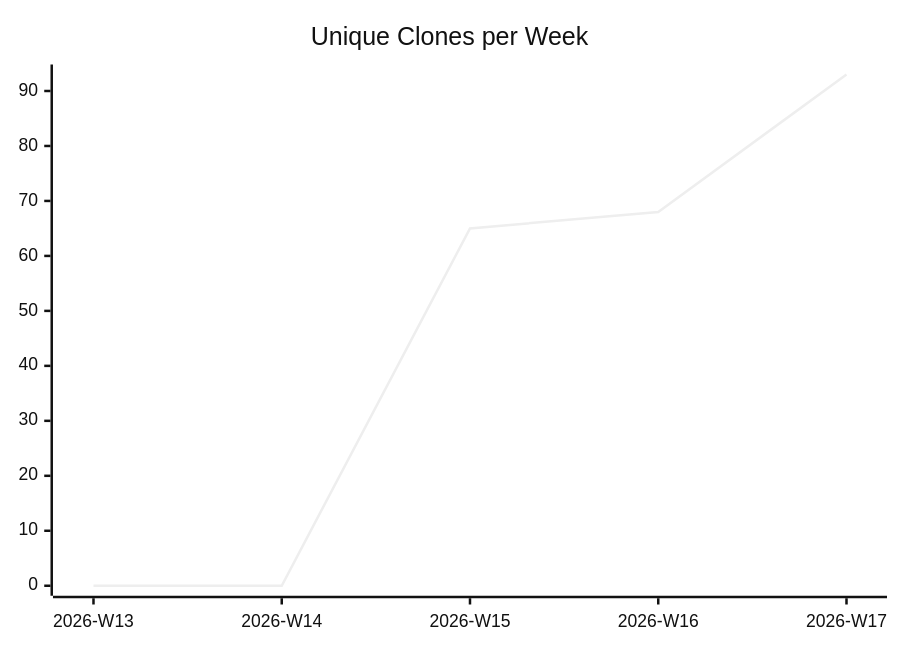
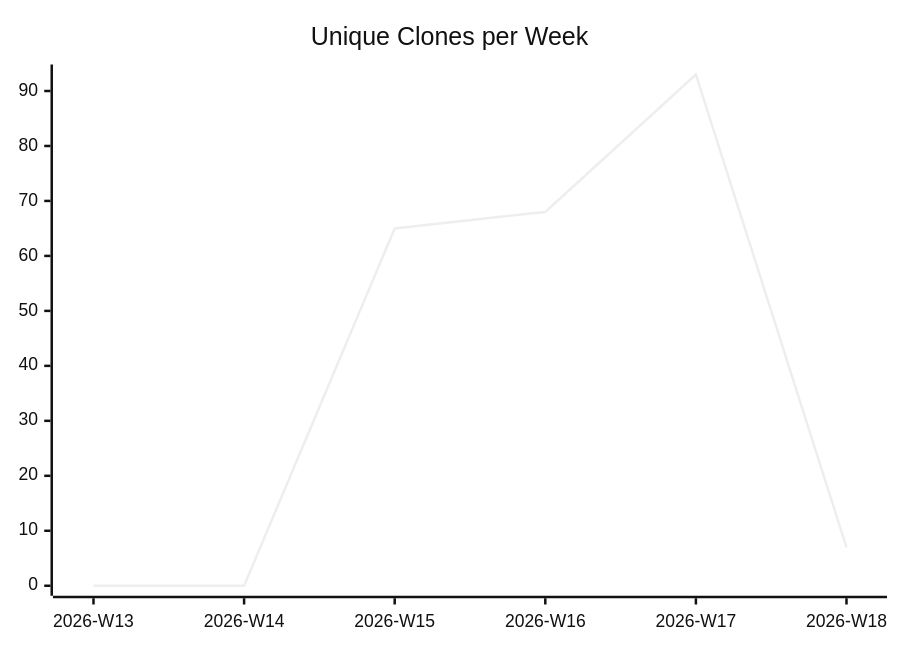
One commit to justdavis-family/github-analytics-data changed the third of 3 diagrams in justdavis-family/github-analytics-data/README.md. Above: the diagram before and after it, drawn with Mermaid (neutral theme). The commit also changed other lines of this file and 184 other files, not shown here.

````diff
--- a/justdavis-family/github-analytics-data/README.md
+++ b/justdavis-family/github-analytics-data/README.md
@@ -19,6 +19,6 @@
 ```mermaid
 xychart-beta
   title "Unique Clones per Week"
-  x-axis ["2026-W13", "2026-W14", "2026-W15", "2026-W16", "2026-W17"]
-  line [0, 0, 65, 68, 93]
+  x-axis ["2026-W13", "2026-W14", "2026-W15", "2026-W16", "2026-W17", "2026-W18"]
+  line [0, 0, 65, 68, 93, 7]
 ```
````
